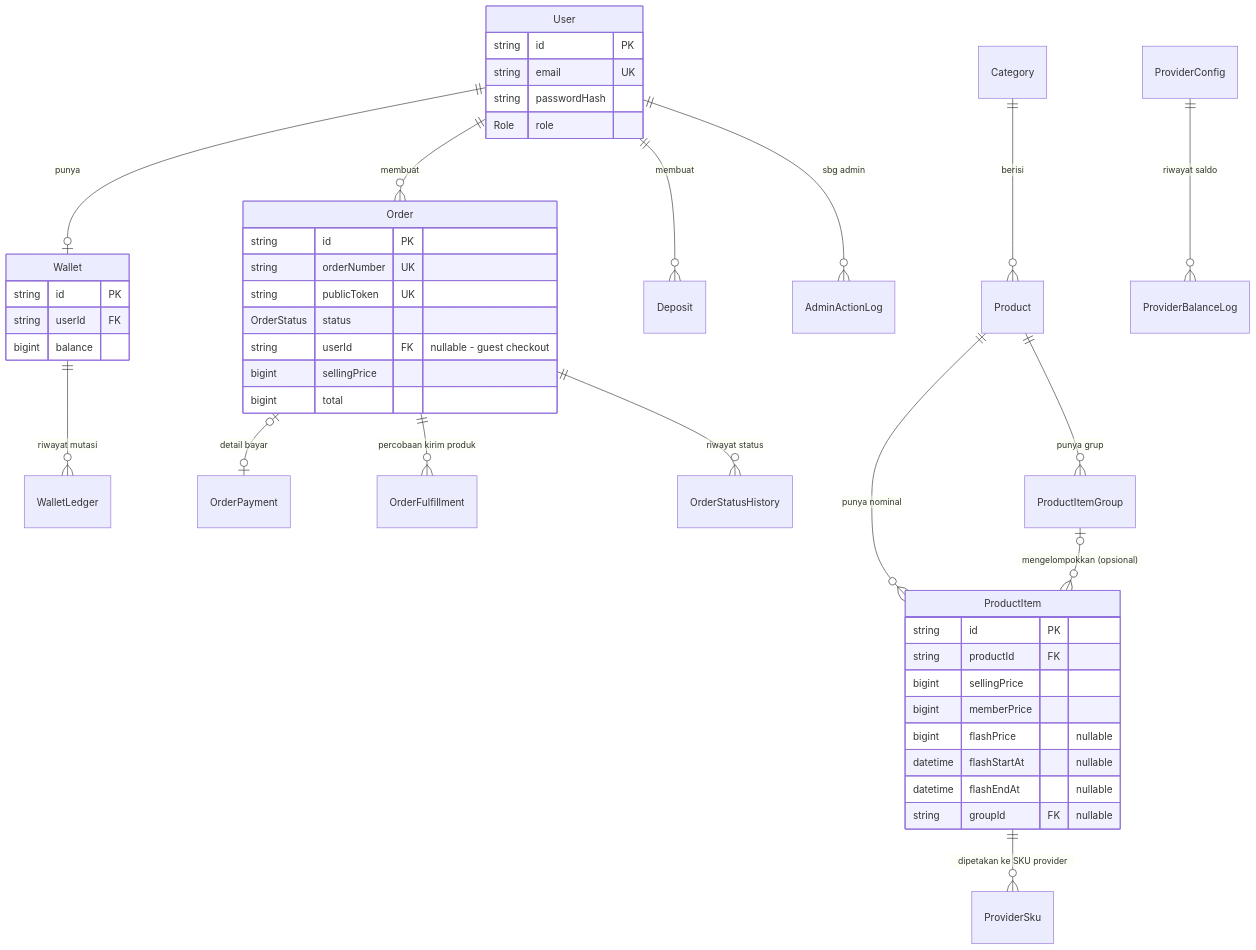
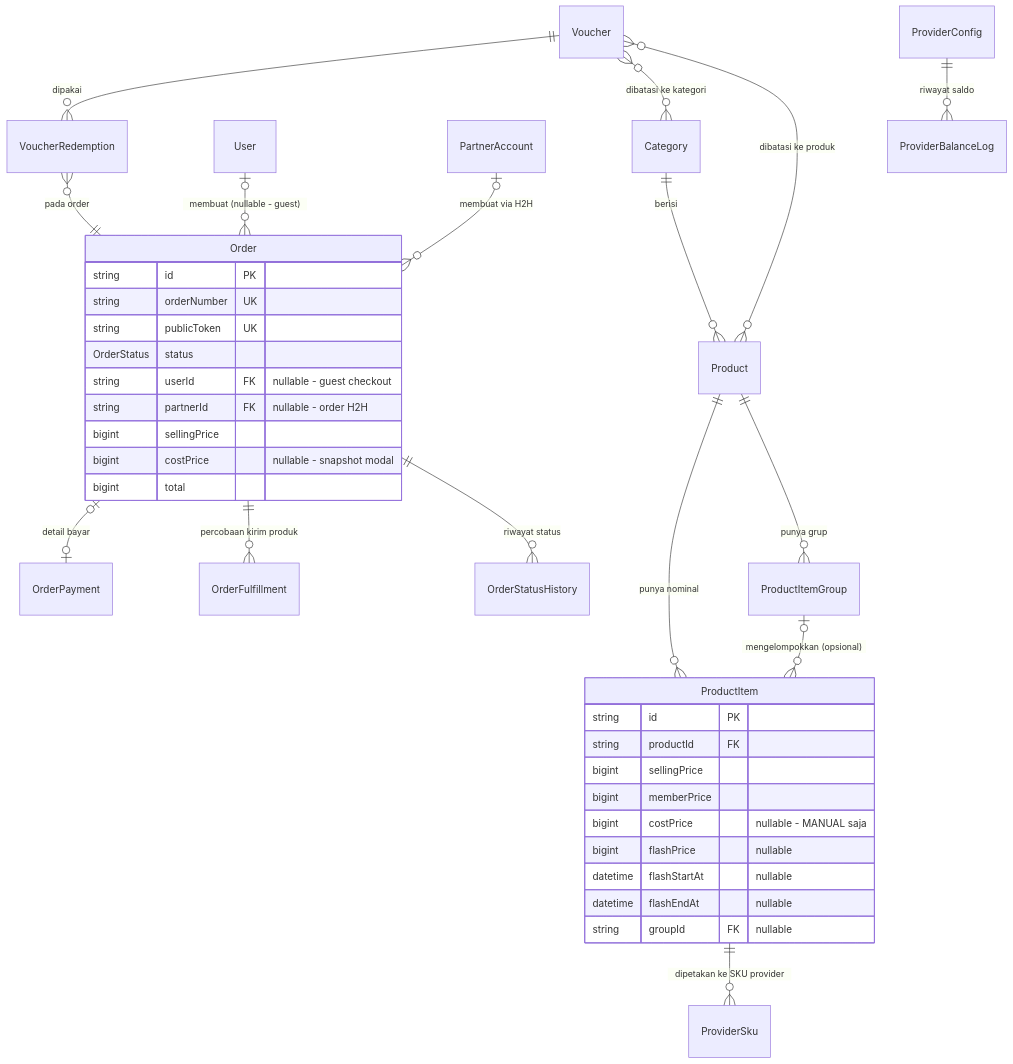
One commit to DannShop/DANNSHOP-E-COMMERCE changed the second of 2 diagrams in docs/03-BACKEND-API.md. Above: the diagram before and after it, drawn with Mermaid. The commit also changed other lines of this file and 8 other files, not shown here.

````diff
--- a/docs/03-BACKEND-API.md
+++ b/docs/03-BACKEND-API.md
@@ -118,51 +337,44 @@
 ```mermaid
 erDiagram
-    User ||--o| Wallet : "punya"
-    User ||--o{ Order : "membuat"
-    User ||--o{ Deposit : "membuat"
-    User ||--o{ AdminActionLog : "sbg admin"
-    Wallet ||--o{ WalletLedger : "riwayat mutasi"
-
     Category ||--o{ Product : "berisi"
     Product ||--o{ ProductItem : "punya nominal"
     Product ||--o{ ProductItemGroup : "punya grup"
     ProductItemGroup |o--o{ ProductItem : "mengelompokkan (opsional)"
     ProductItem ||--o{ ProviderSku : "dipetakan ke SKU provider"
 
+    User |o--o{ Order : "membuat (nullable - guest)"
+    PartnerAccount |o--o{ Order : "membuat via H2H"
     Order |o--o| OrderPayment : "detail bayar"
     Order ||--o{ OrderFulfillment : "percobaan kirim produk"
     Order ||--o{ OrderStatusHistory : "riwayat status"
 
+    Voucher ||--o{ VoucherRedemption : "dipakai"
+    VoucherRedemption }o--|| Order : "pada order"
+    Voucher }o--o{ Category : "dibatasi ke kategori"
+    Voucher }o--o{ Product : "dibatasi ke produk"
+
     ProviderConfig ||--o{ ProviderBalanceLog : "riwayat saldo"
 
-    User {
-        string id PK
-        string email UK
-        string passwordHash
-        Role role
-    }
-    Wallet {
-        string id PK
-        string userId FK
-        bigint balance
-    }
     Order {
         string id PK
         string orderNumber UK
         string publicToken UK
         OrderStatus status
         string userId FK "nullable - guest checkout"
+        string partnerId FK "nullable - order H2H"
         bigint sellingPrice
+        bigint costPrice "nullable - snapshot modal"
         bigint total
     }
     ProductItem {
         string id PK
         string productId FK
         bigint sellingPrice
         bigint memberPrice
+        bigint costPrice "nullable - MANUAL saja"
         bigint flashPrice "nullable"
         datetime flashStartAt "nullable"
         datetime flashEndAt "nullable"
         string groupId FK "nullable"
     }
 ```
````
